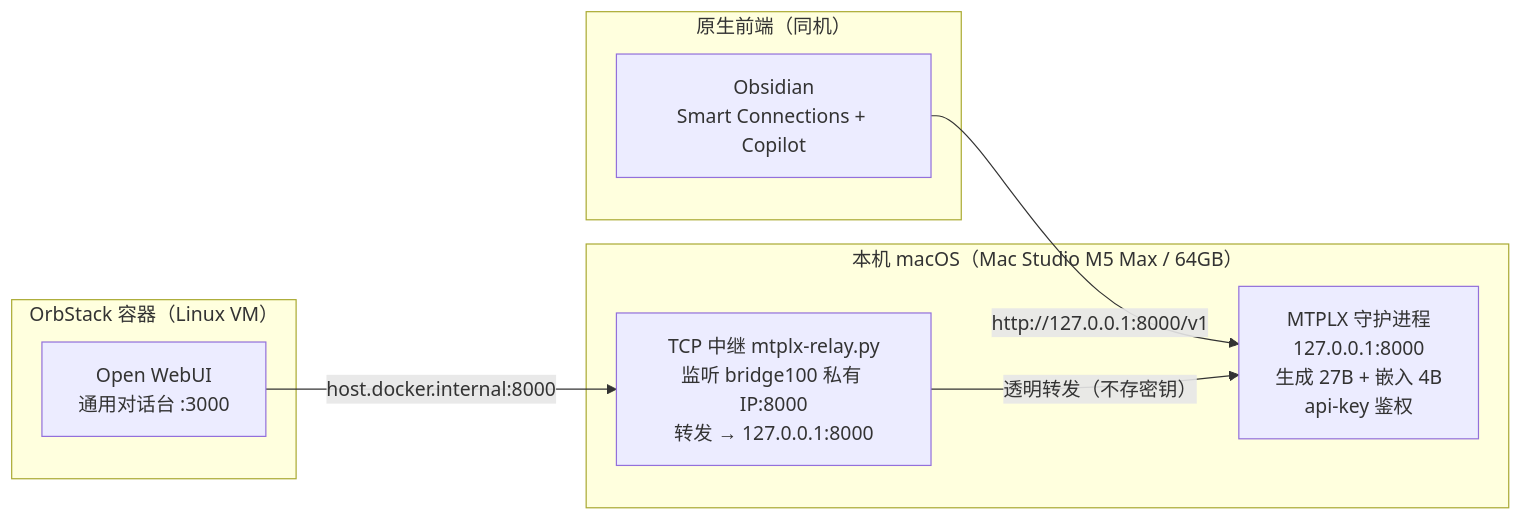
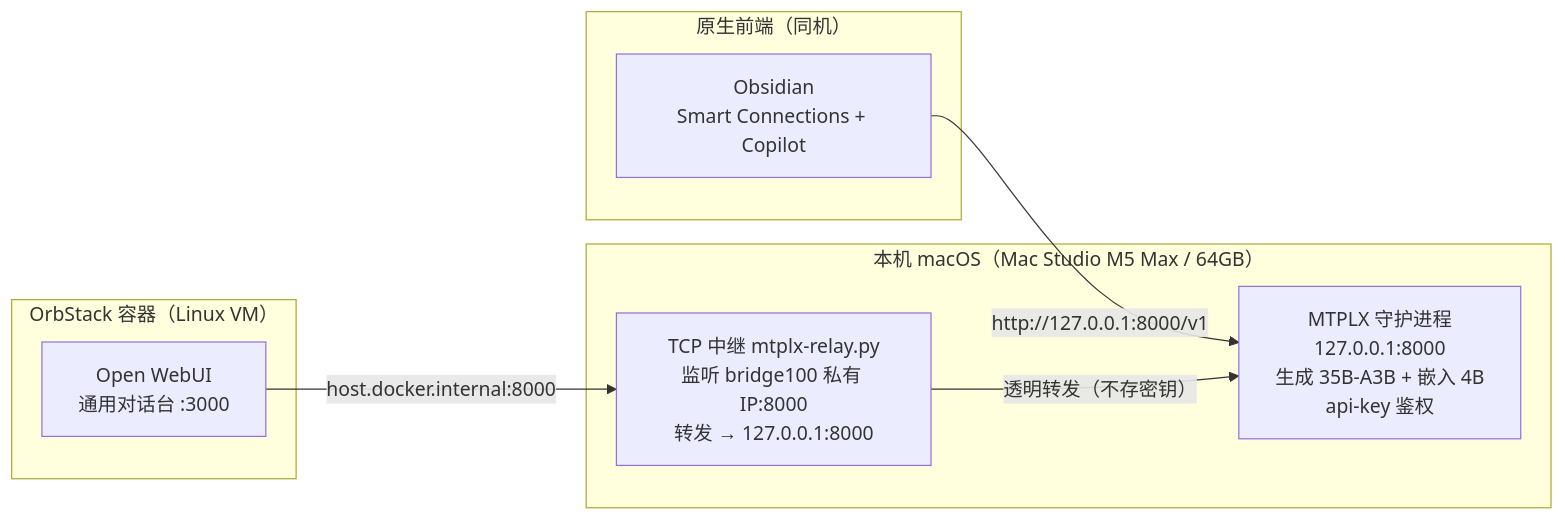
One commit to aiedwardai/AstraX changed the diagram in docs/archive/01-模型与MTPLX栈/MTPLX本地AI实验室栈文档.md. Above: the diagram before and after it, drawn with Mermaid. The commit also changed other lines of this file and 10 other files, not shown here.

````diff
--- a/docs/archive/01-模型与MTPLX栈/MTPLX本地AI实验室栈文档.md
+++ b/docs/archive/01-模型与MTPLX栈/MTPLX本地AI实验室栈文档.md
@@ -63,16 +76,16 @@
 ```mermaid
 flowchart LR
     subgraph Local["本机 macOS（Mac Studio M5 Max / 64GB）"]
-        MTPLX["MTPLX 守护进程<br/>127.0.0.1:8000<br/>生成 27B + 嵌入 4B<br/>api-key 鉴权"]
+        MTPLX["MTPLX 守护进程<br/>127.0.0.1:8000<br/>生成 35B-A3B + 嵌入 4B<br/>api-key 鉴权"]
         RELAY["TCP 中继 mtplx-relay.py<br/>监听 bridge100 私有 IP:8000<br/>转发 → 127.0.0.1:8000"]
     end
     subgraph Native["原生前端（同机）"]
         OBS["Obsidian<br/>Smart Connections + Copilot"]
     end
     OBS -->|http://127.0.0.1:8000/v1| MTPLX
     subgraph Orb["OrbStack 容器（Linux VM）"]
         OWU["Open WebUI<br/>通用对话台 :3000"]
     end
     OWU -->|host.docker.internal:8000| RELAY
     RELAY -->|透明转发（不存密钥）| MTPLX
 ```
````
